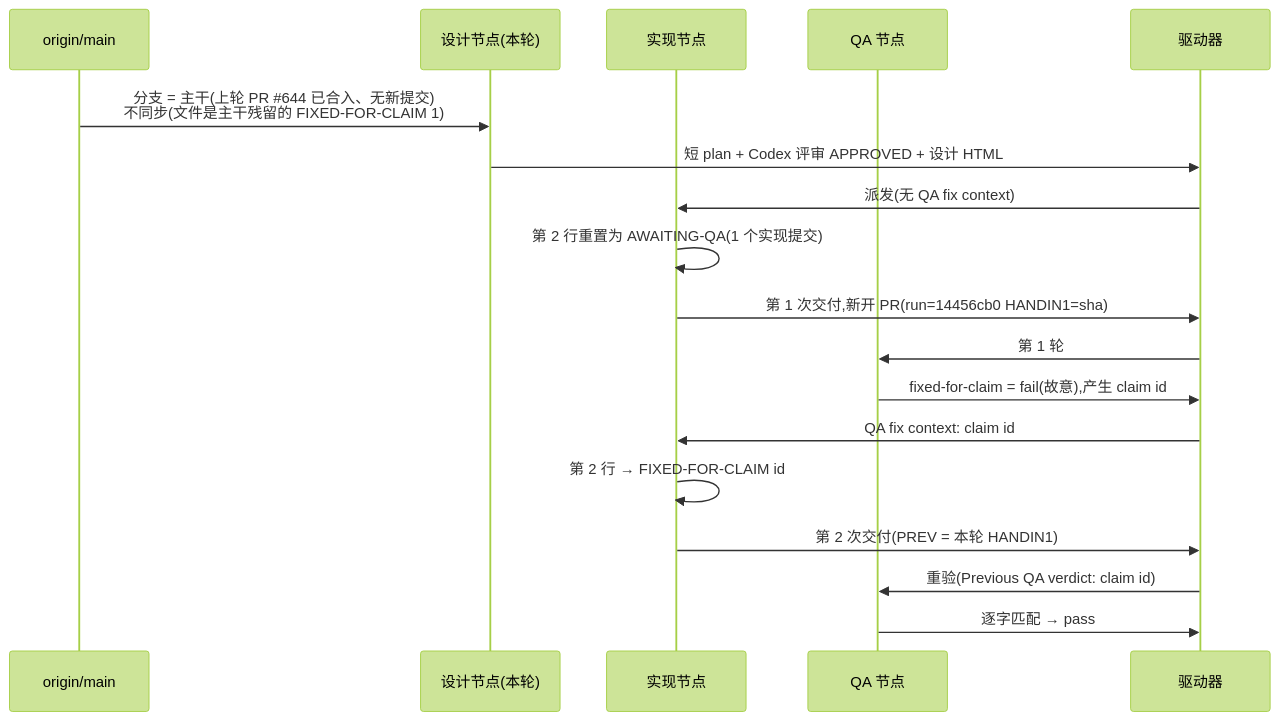
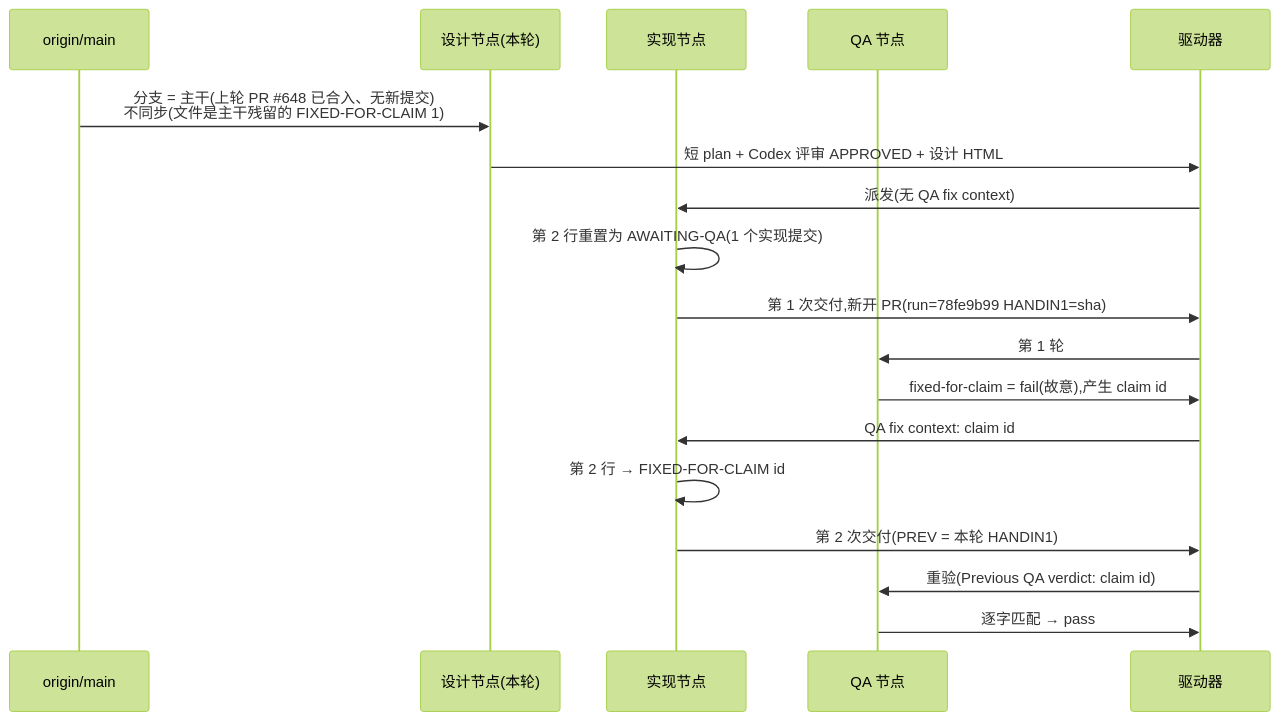
One commit to xrliAnnie/flywheel-qa-sandbox changed the diagram in engineering/doc/FLY-3150-real-runner-drill/d1-core-flow.mmd. Above: the diagram before and after it, drawn with Mermaid (forest theme). The commit also changed 4 other files, not shown here.

```diff
--- a/engineering/doc/FLY-3150-real-runner-drill/d1-core-flow.mmd
+++ b/engineering/doc/FLY-3150-real-runner-drill/d1-core-flow.mmd
@@ -1,18 +1,18 @@
 sequenceDiagram
     participant M as origin/main
     participant S as 设计节点(本轮)
     participant I as 实现节点
     participant Q as QA 节点
     participant D as 驱动器
-    M->>S: 分支 = 主干(上轮 PR #35;644 已合入、无新提交)<br/>不同步(文件是主干残留的 FIXED-FOR-CLAIM 1)
+    M->>S: 分支 = 主干(上轮 PR #35;648 已合入、无新提交)<br/>不同步(文件是主干残留的 FIXED-FOR-CLAIM 1)
     S->>D: 短 plan + Codex 评审 APPROVED + 设计 HTML
     D->>I: 派发(无 QA fix context)
     I->>I: 第 2 行重置为 AWAITING-QA(1 个实现提交)
-    I->>D: 第 1 次交付,新开 PR(run=14456cb0 HANDIN1=sha)
+    I->>D: 第 1 次交付,新开 PR(run=78fe9b99 HANDIN1=sha)
     D->>Q: 第 1 轮
     Q->>D: fixed-for-claim = fail(故意),产生 claim id
     D->>I: QA fix context: claim id
     I->>I: 第 2 行 → FIXED-FOR-CLAIM id
     I->>D: 第 2 次交付(PREV = 本轮 HANDIN1)
     D->>Q: 重验(Previous QA verdict: claim id)
     Q->>D: 逐字匹配 → pass
```
